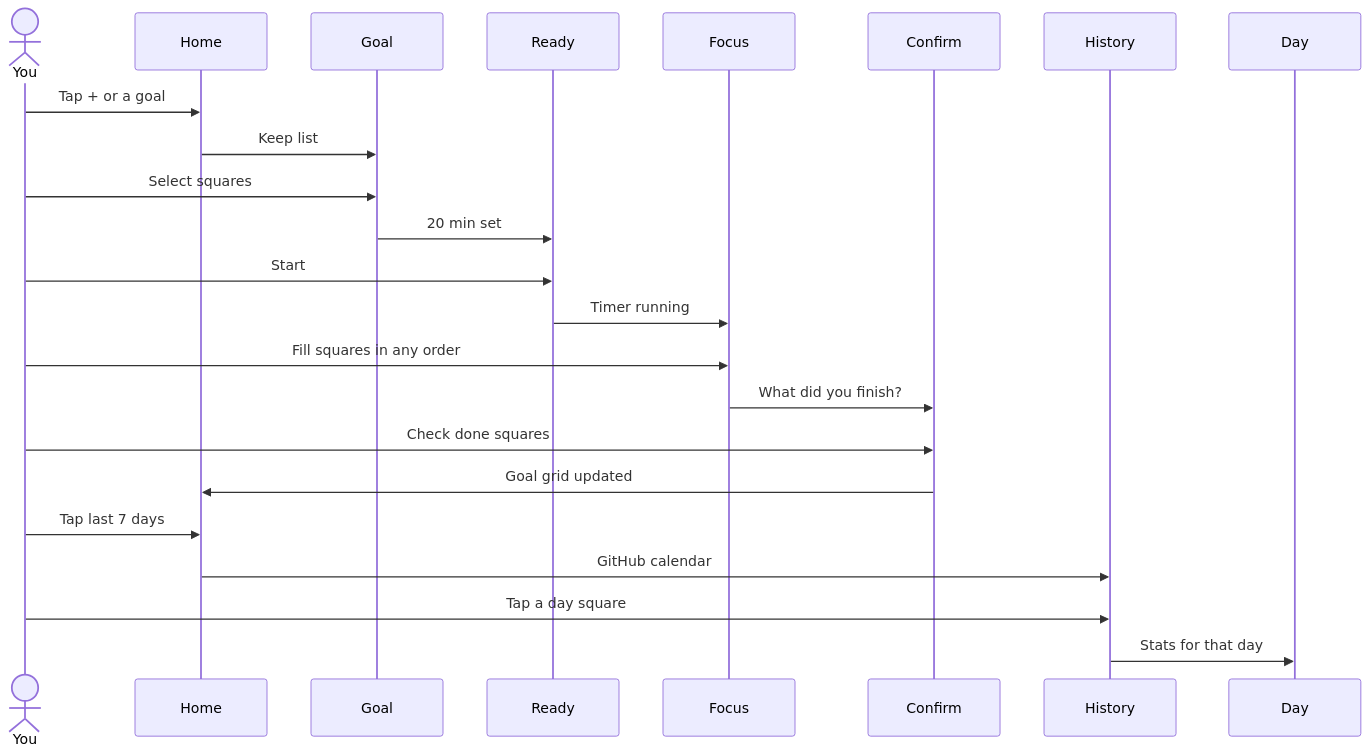
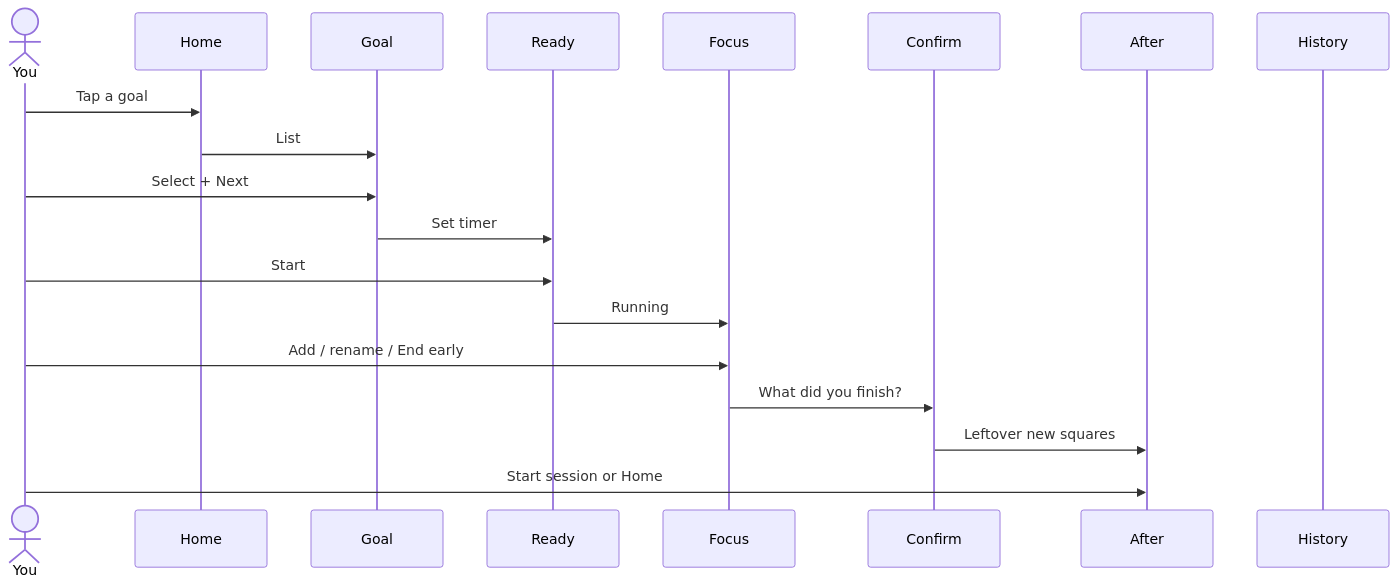
The diagram in cases/squares/docs/flows/focus-loop.md (littlewhywhat/legal-360), drawn with Mermaid before and after one commit. The commit also changed other lines of this file and 2 other files, not shown here.

Commit message:
feat: next, settable timer, session add/rename, after-tree
Goal uses full-width select highlight and Next. Ready can set minutes. Focus drops Split; add/rename and End early. Confirm splits added squares; leftovers open the post-session tree. Home + sits under the goal list.

````diff
--- a/cases/squares/docs/flows/focus-loop.md
+++ b/cases/squares/docs/flows/focus-loop.md
@@ -17,26 +17,22 @@
 ```mermaid
 sequenceDiagram
   actor You
   participant Home
   participant Goal
   participant Ready
   participant Focus
   participant Confirm
+  participant After
   participant History
-  participant Day
 
-  You->>Home: Tap + or a goal
-  Home->>Goal: Keep list
-  You->>Goal: Select squares
-  Goal->>Ready: 20 min set
+  You->>Home: Tap a goal
+  Home->>Goal: List
+  You->>Goal: Select + Next
+  Goal->>Ready: Set timer
   You->>Ready: Start
-  Ready->>Focus: Timer running
-  You->>Focus: Fill squares in any order
+  Ready->>Focus: Running
+  You->>Focus: Add / rename / End early
   Focus->>Confirm: What did you finish?
-  You->>Confirm: Check done squares
-  Confirm->>Home: Goal grid updated
-  You->>Home: Tap last 7 days
-  Home->>History: GitHub calendar
-  You->>History: Tap a day square
-  History->>Day: Stats for that day
+  Confirm->>After: Leftover new squares
+  You->>After: Start session or Home
 ```
````
